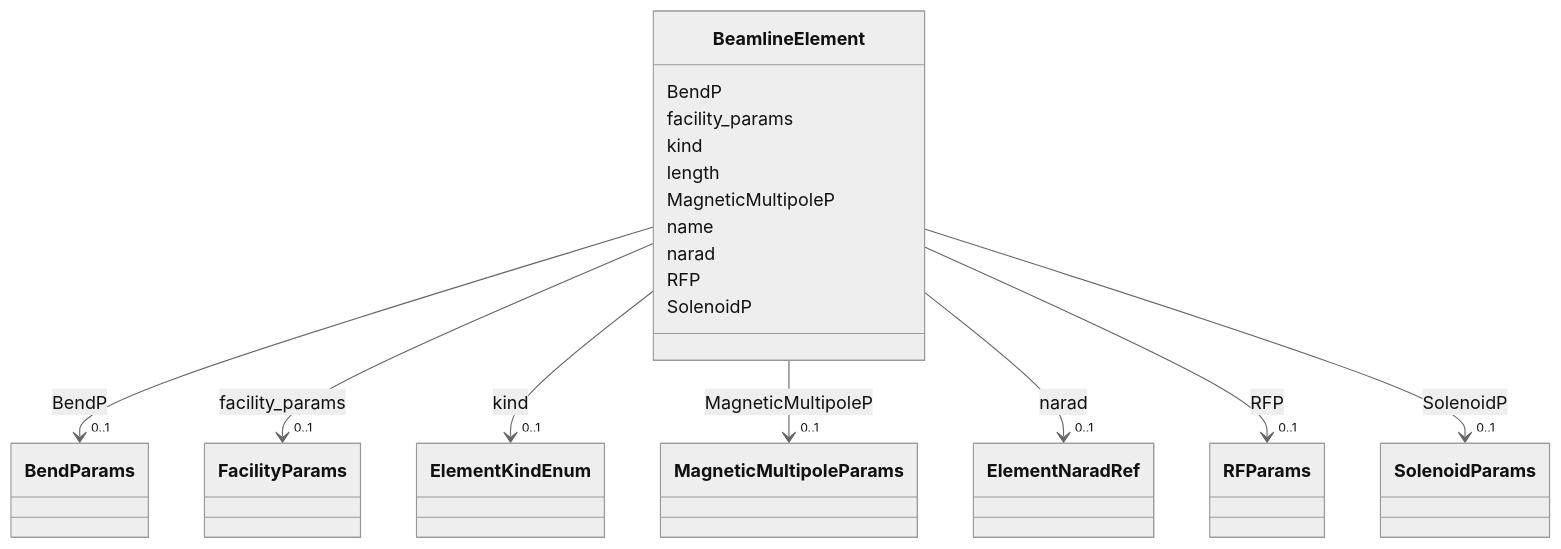
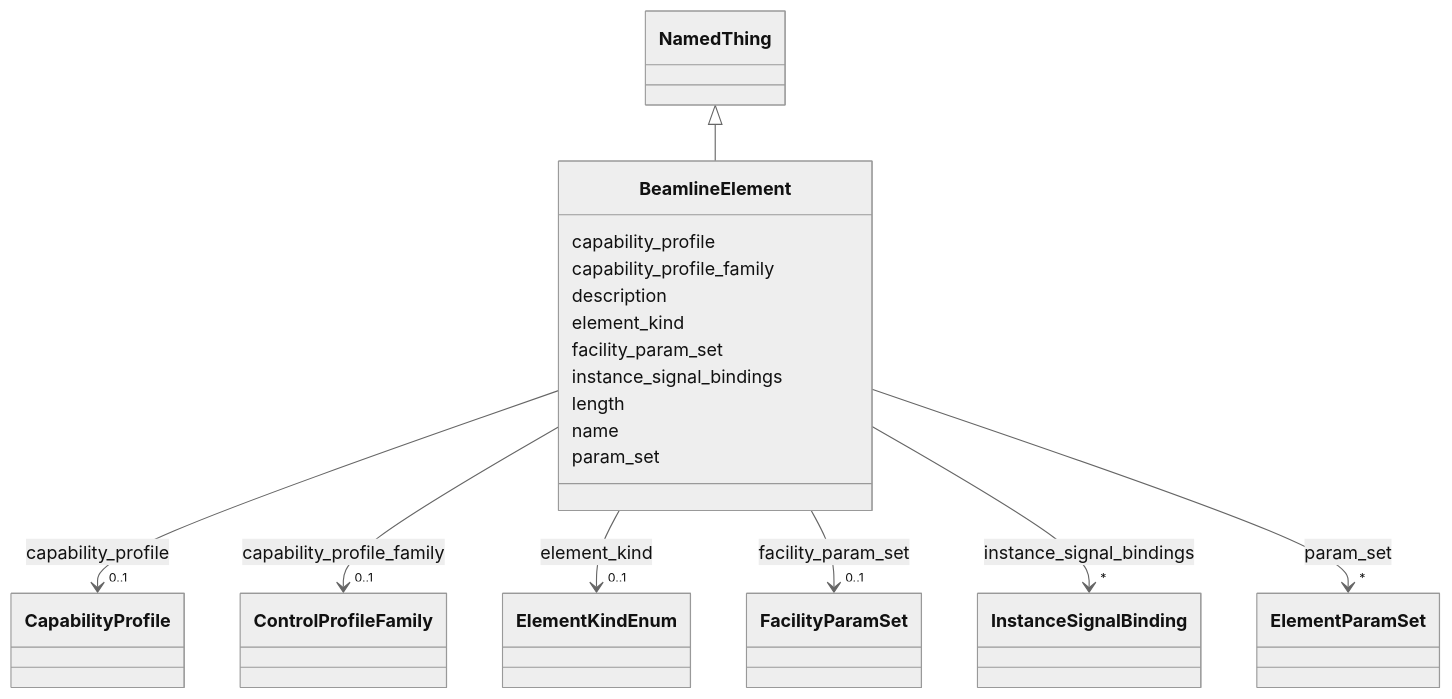
One commit to pals-project/pals-facility-config changed the diagram in docs_narad/BeamlineElement.md. Above: the diagram before and after it, drawn with Mermaid (neutral theme). The commit also changed other lines of this file and 235 other files, not shown here.

Commit message:
aligned schema to SOSA SNN, gen-project gendocs and validate all work

```diff
--- a/docs_narad/BeamlineElement.md
+++ b/docs_narad/BeamlineElement.md
@@ -19,84 +19,78 @@
  classDiagram
     class BeamlineElement
     click BeamlineElement href "../BeamlineElement/"
-      BeamlineElement : BendP
+      NamedThing <|-- BeamlineElement
+        click NamedThing href "../NamedThing/"
+      
+      BeamlineElement : capability_profile
         
           
     
         
         
-        BeamlineElement --> "0..1" BendParams : BendP
-        click BendParams href "../BendParams/"
+        BeamlineElement --> "0..1" CapabilityProfile : capability_profile
+        click CapabilityProfile href "../CapabilityProfile/"
     
 
         
-      BeamlineElement : facility_params
+      BeamlineElement : capability_profile_family
         
           
     
         
         
-        BeamlineElement --> "0..1" FacilityParams : facility_params
-        click FacilityParams href "../FacilityParams/"
+        BeamlineElement --> "0..1" ControlProfileFamily : capability_profile_family
+        click ControlProfileFamily href "../ControlProfileFamily/"
     
 
         
-      BeamlineElement : kind
+      BeamlineElement : description
+        
+      BeamlineElement : element_kind
         
           
     
         
         
-        BeamlineElement --> "0..1" ElementKindEnum : kind
+        BeamlineElement --> "0..1" ElementKindEnum : element_kind
         click ElementKindEnum href "../ElementKindEnum/"
+    
+
+        
+      BeamlineElement : facility_param_set
+        
+          
+    
+        
+        
+        BeamlineElement --> "0..1" FacilityParamSet : facility_param_set
+        click FacilityParamSet href "../FacilityParamSet/"
+    
+
+        
+      BeamlineElement : instance_signal_bindings
+        
+          
+    
+        
+        
+        BeamlineElement --> "*" InstanceSignalBinding : instance_signal_bindings
+        click InstanceSignalBinding href "../InstanceSignalBinding/"
     
 
         
       BeamlineElement : length
         
-      BeamlineElement : MagneticMultipoleP
+      BeamlineElement : name
+        
+      BeamlineElement : param_set
         
           
     
         
         
-        BeamlineElement --> "0..1" MagneticMultipoleParams : MagneticMultipoleP
-        click MagneticMultipoleParams href "../MagneticMultipoleParams/"
-    
-
-        
-      BeamlineElement : name
-        
-      BeamlineElement : narad
-        
-          
-    
-        
-        
-        BeamlineElement --> "0..1" ElementNaradRef : narad
-        click ElementNaradRef href "../ElementNaradRef/"
-    
-
-        
-      BeamlineElement : RFP
-        
-          
-    
-        
-        
-        BeamlineElement --> "0..1" RFParams : RFP
-        click RFParams href "../RFParams/"
-    
-
-        
-      BeamlineElement : SolenoidP
-        
-          
-    
-        
-        
-        BeamlineElement --> "0..1" SolenoidParams : SolenoidP
-        click SolenoidParams href "../SolenoidParams/"
+        BeamlineElement --> "*" ElementParamSet : param_set
+        click ElementParamSet href "../ElementParamSet/"
     
 
         
```
